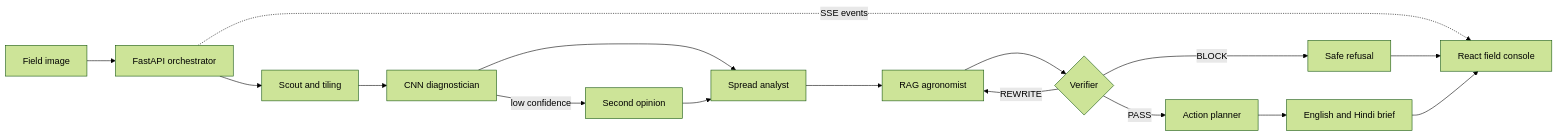
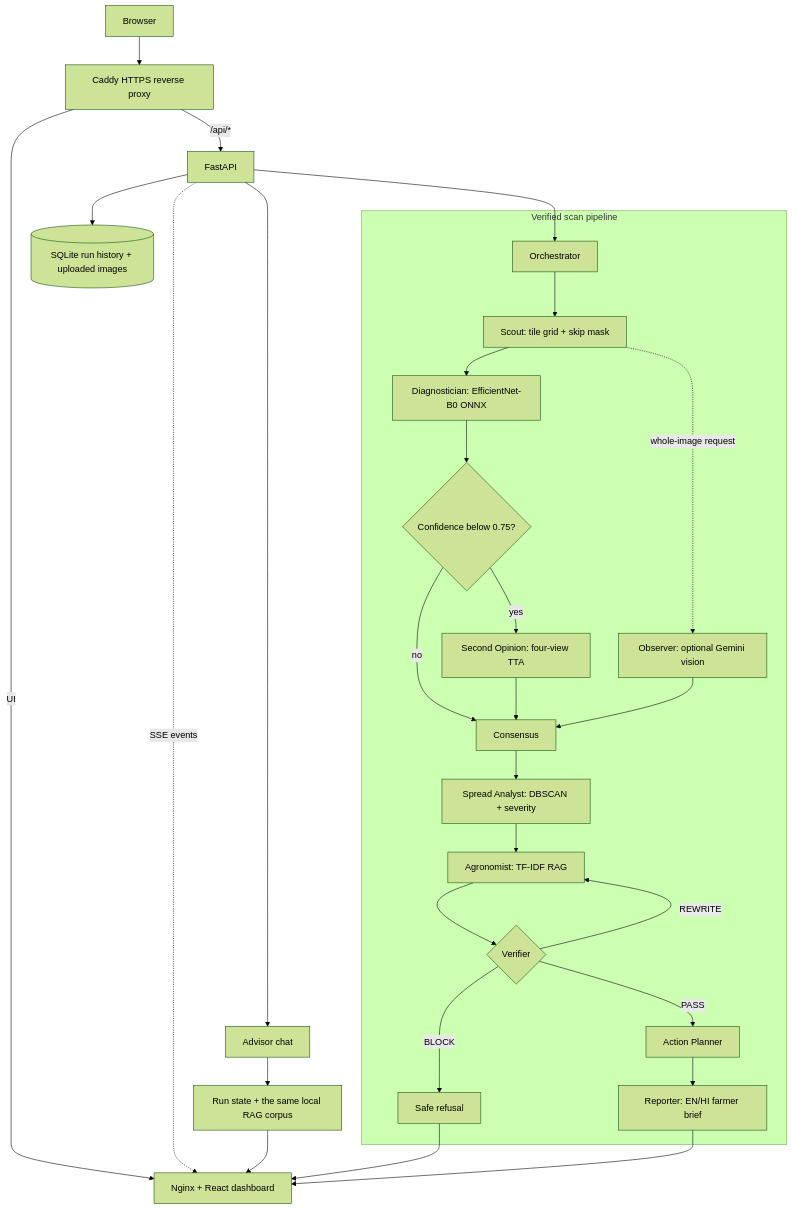
One commit to vishu7im/agrisentinel changed the diagram in README.md. Above: the diagram before and after it, drawn with Mermaid (forest theme). The commit also changed other lines of this file and 6 other files, not shown here.

````diff
--- a/README.md
+++ b/README.md
@@ -7,18 +34,33 @@
 ```mermaid
-flowchart LR
-    U[Field image] --> API[FastAPI orchestrator]
-    API --> S[Scout and tiling]
-    S --> D[CNN diagnostician]
-    D -->|low confidence| O[Second opinion]
-    D --> A[Spread analyst]
-    O --> A
-    A --> G[RAG agronomist]
-    G --> V{Verifier}
-    V -->|REWRITE| G
-    V -->|BLOCK| R[Safe refusal]
-    V -->|PASS| P[Action planner]
-    P --> F[English and Hindi brief]
-    API -. SSE events .-> UI[React field console]
-    R --> UI
-    F --> UI
+flowchart TB
+    U[Browser] --> C[Caddy HTTPS reverse proxy]
+    C -->|UI| N[Nginx + React dashboard]
+    C -->|/api/*| API[FastAPI]
+    API --> DB[(SQLite run history + uploaded images)]
+    API --> ORCH[Orchestrator]
+
+    subgraph PIPELINE[Verified scan pipeline]
+        ORCH --> S[Scout: tile grid + skip mask]
+        S --> D[Diagnostician: EfficientNet-B0 ONNX]
+        S -. whole-image request .-> O[Observer: optional Gemini vision]
+        D --> G{Confidence below 0.75?}
+        G -->|yes| SO[Second Opinion: four-view TTA]
+        G -->|no| CO[Consensus]
+        SO --> CO
+        O --> CO
+        CO --> SP[Spread Analyst: DBSCAN + severity]
+        SP --> AG[Agronomist: TF-IDF RAG]
+        AG --> V{Verifier}
+        V -->|REWRITE| AG
+        V -->|BLOCK| B[Safe refusal]
+        V -->|PASS| P[Action Planner]
+        P --> R[Reporter: EN/HI farmer brief]
+    end
+
+    API -. SSE events .-> N
+    API --> CH[Advisor chat]
+    CH --> RG[Run state + the same local RAG corpus]
+    RG --> N
+    B --> N
+    R --> N
 ```
````
